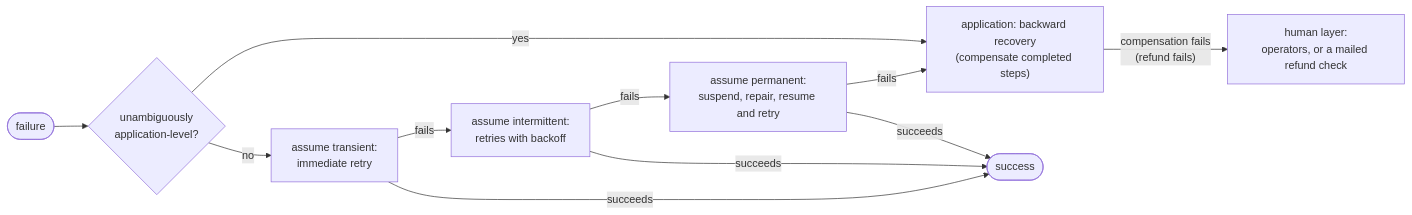
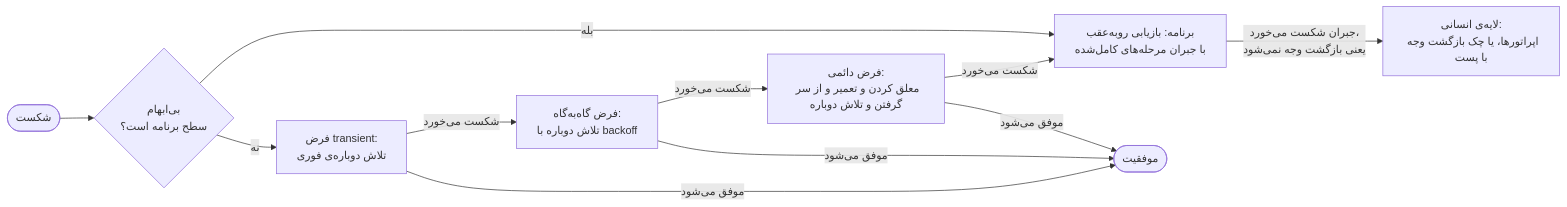
One commit to AlirezaHanifi/knowledge-vault changed the second of 2 diagrams in books/think-distributed-systems/chapters/03-failure-tolerance.md. Above: the diagram before and after it, drawn with Mermaid. The commit also changed other lines of this file and 50 other files, not shown here.

````diff
--- a/books/think-distributed-systems/chapters/03-failure-tolerance.md
+++ b/books/think-distributed-systems/chapters/03-failure-tolerance.md
@@ -174,11 +182,11 @@
 ```mermaid
 flowchart LR
-    F([failure]) --> Q{"unambiguously<br/>application-level?"}
-    Q -- yes --> APP["application: backward recovery<br/>(compensate completed steps)"]
-    Q -- no --> R1["assume transient:<br/>immediate retry"]
-    R1 -- fails --> R2["assume intermittent:<br/>retries with backoff"]
-    R2 -- fails --> R3["assume permanent:<br/>suspend, repair, resume and retry"]
-    R3 -- fails --> APP
-    R1 & R2 & R3 -- succeeds --> OK([success])
-    APP -- "compensation fails<br/>(refund fails)" --> HUM["human layer:<br/>operators, or a mailed refund check"]
+    F([شکست]) --> Q{"بی‌ابهام<br/>سطح برنامه است؟"}
+    Q -- بله --> APP["برنامه: بازیابی رو‌به‌عقب<br/>با جبران مرحله‌های کامل‌شده"]
+    Q -- نه --> R1["فرض transient:<br/>تلاش دوباره‌ی فوری"]
+    R1 -- "شکست می‌خورد" --> R2["فرض گاه‌به‌گاه:<br/>تلاش دوباره با backoff"]
+    R2 -- "شکست می‌خورد" --> R3["فرض دائمی:<br/>معلق کردن و تعمیر و از سر گرفتن و تلاش دوباره"]
+    R3 -- "شکست می‌خورد" --> APP
+    R1 & R2 & R3 -- "موفق می‌شود" --> OK([موفقیت])
+    APP -- "جبران شکست می‌خورد،<br/>یعنی بازگشت وجه نمی‌شود" --> HUM["لایه‌ی انسانی:<br/>اپراتورها، یا چک بازگشت وجه با پست"]
 ```
````
